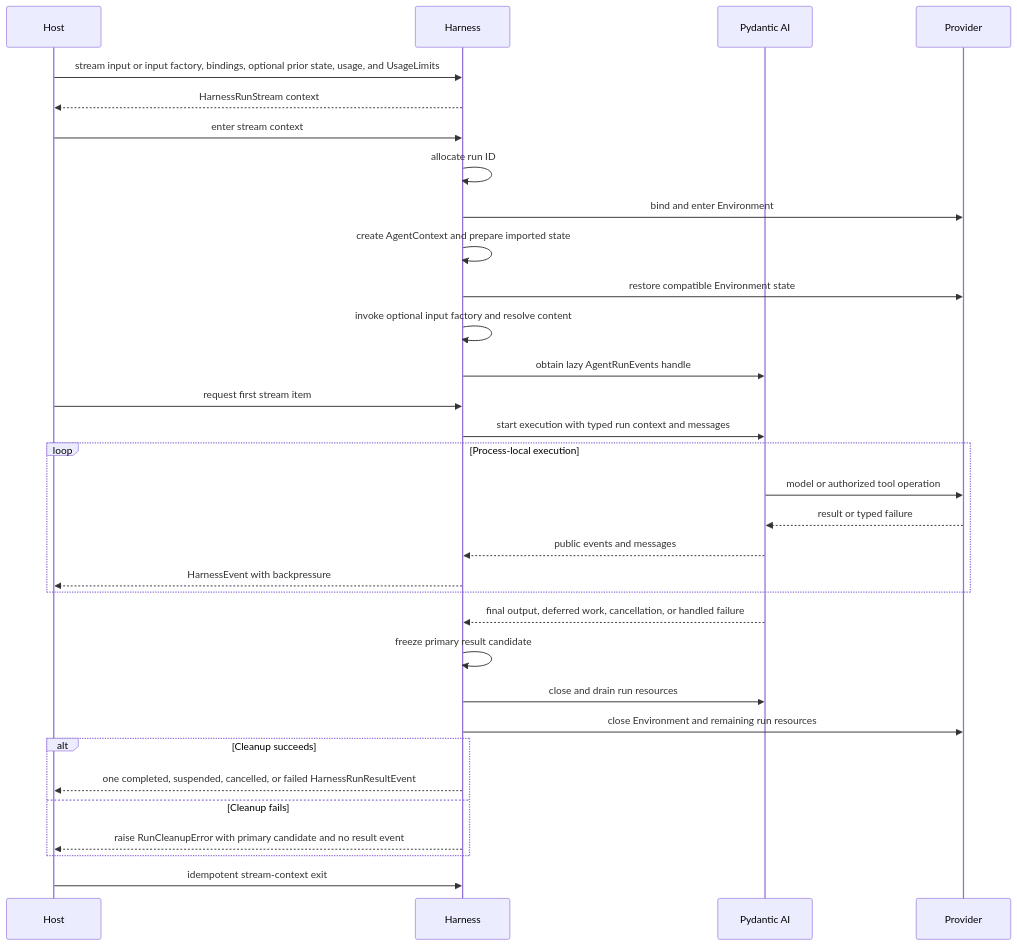
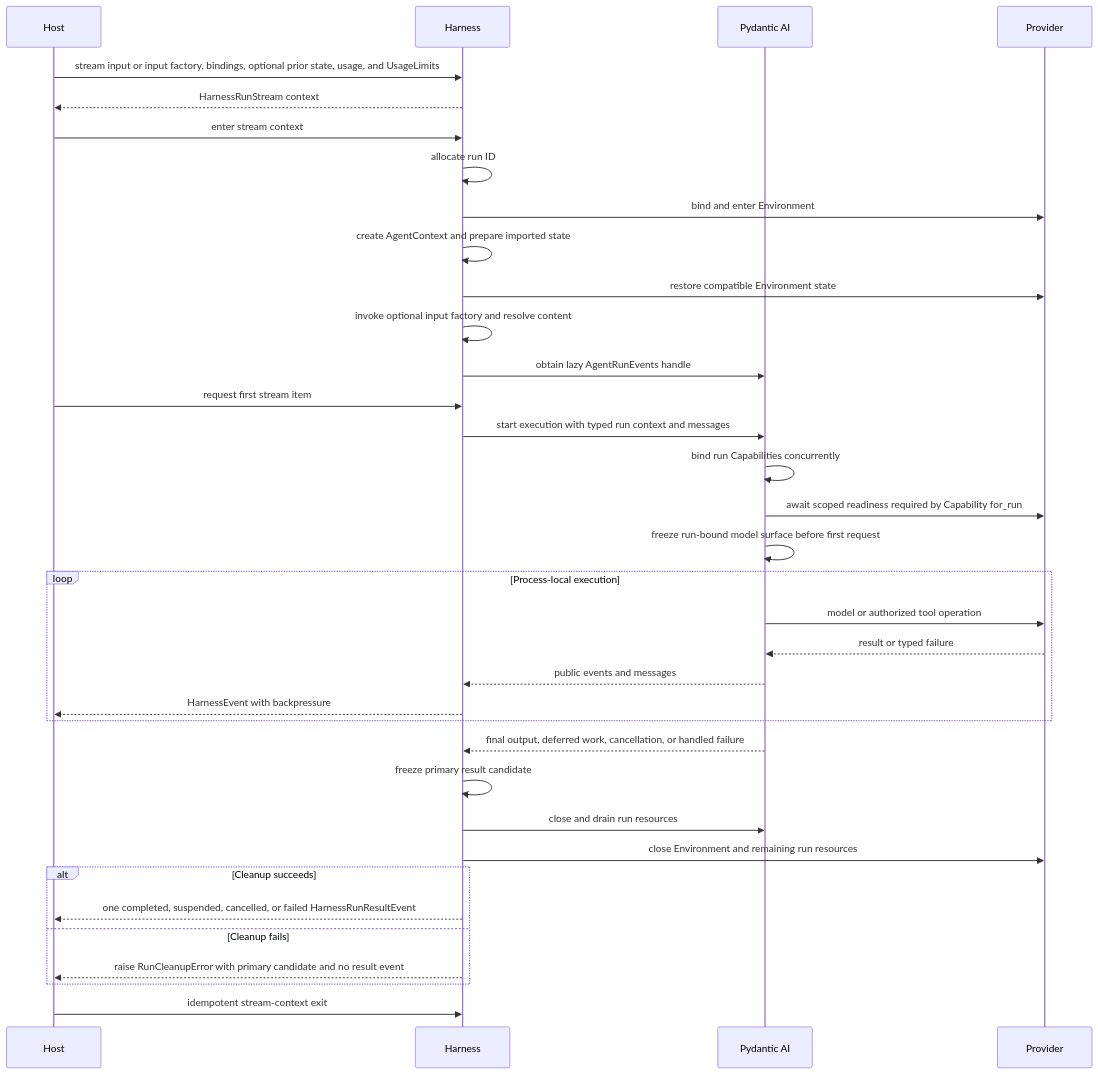
Before and after one commit to LTThreeComma/agent-foundation: the third of 3 diagrams in spec/agent-harness/06-execution-context-and-lifecycle.md, drawn with Mermaid. The commit also changed other lines of this file and 54 other files, not shown here.

````diff
--- a/spec/agent-harness/06-execution-context-and-lifecycle.md
+++ b/spec/agent-harness/06-execution-context-and-lifecycle.md
@@ -67,35 +67,38 @@
 ```mermaid
 sequenceDiagram
     participant Host
     participant Harness
     participant PAI as Pydantic AI
     participant Provider
 
     Host->>Harness: stream input or input factory, bindings, optional prior state, usage, and UsageLimits
     Harness-->>Host: HarnessRunStream context
     Host->>Harness: enter stream context
     Harness->>Harness: allocate run ID
     Harness->>Provider: bind and enter Environment
     Harness->>Harness: create AgentContext and prepare imported state
     Harness->>Provider: restore compatible Environment state
     Harness->>Harness: invoke optional input factory and resolve content
     Harness->>PAI: obtain lazy AgentRunEvents handle
     Host->>Harness: request first stream item
     Harness->>PAI: start execution with typed run context and messages
+    PAI->>PAI: bind run Capabilities concurrently
+    PAI->>Provider: await scoped readiness required by Capability for_run
+    PAI->>PAI: freeze run-bound model surface before first request
     loop Process-local execution
         PAI->>Provider: model or authorized tool operation
         Provider-->>PAI: result or typed failure
         PAI-->>Harness: public events and messages
         Harness-->>Host: HarnessEvent with backpressure
     end
     PAI-->>Harness: final output, deferred work, cancellation, or handled failure
     Harness->>Harness: freeze primary result candidate
     Harness->>PAI: close and drain run resources
     Harness->>Provider: close Environment and remaining run resources
     alt Cleanup succeeds
         Harness-->>Host: one completed, suspended, cancelled, or failed HarnessRunResultEvent
     else Cleanup fails
         Harness-->>Host: raise RunCleanupError with primary candidate and no result event
     end
     Host->>Harness: idempotent stream-context exit
 ```
````
